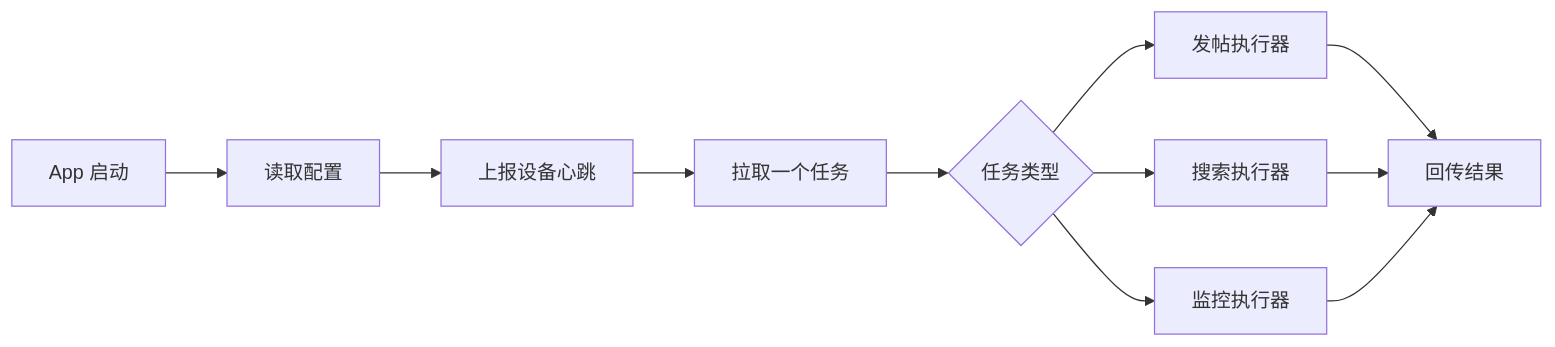
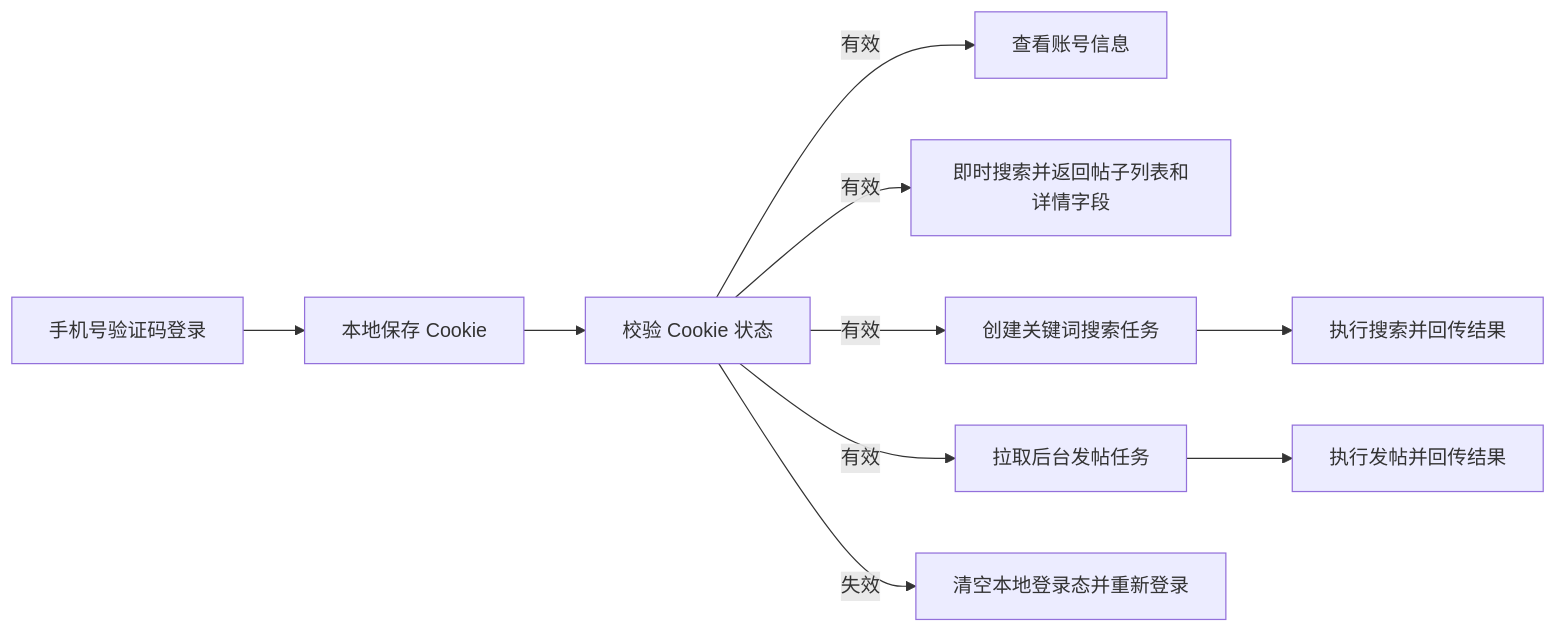
One commit to guoyanggmail/Spider_XHS changed the diagram in android/docs/TECHNICAL_DESIGN.md. Above: the diagram before and after it, drawn with Mermaid. The commit also changed other lines of this file and 750 other files, not shown here.

````diff
--- a/android/docs/TECHNICAL_DESIGN.md
+++ b/android/docs/TECHNICAL_DESIGN.md
@@ -18,13 +20,12 @@
 ```mermaid
 flowchart LR
-    A["App 启动"] --> B["读取配置"]
-    B --> C["上报设备心跳"]
-    C --> D["拉取一个任务"]
-    D --> E{"任务类型"}
-    E --> F["发帖执行器"]
-    E --> G["搜索执行器"]
-    E --> H["监控执行器"]
-    F --> I["回传结果"]
-    G --> I
-    H --> I
+    A["手机号验证码登录"] --> B["本地保存 Cookie"]
+    B --> C["校验 Cookie 状态"]
+    C -->|有效| D["查看账号信息"]
+    C -->|有效| E["即时搜索并返回帖子列表和详情字段"]
+    C -->|有效| F["创建关键词搜索任务"]
+    F --> G["执行搜索并回传结果"]
+    C -->|有效| H["拉取后台发帖任务"]
+    H --> I["执行发帖并回传结果"]
+    C -->|失效| J["清空本地登录态并重新登录"]
 ```
````
